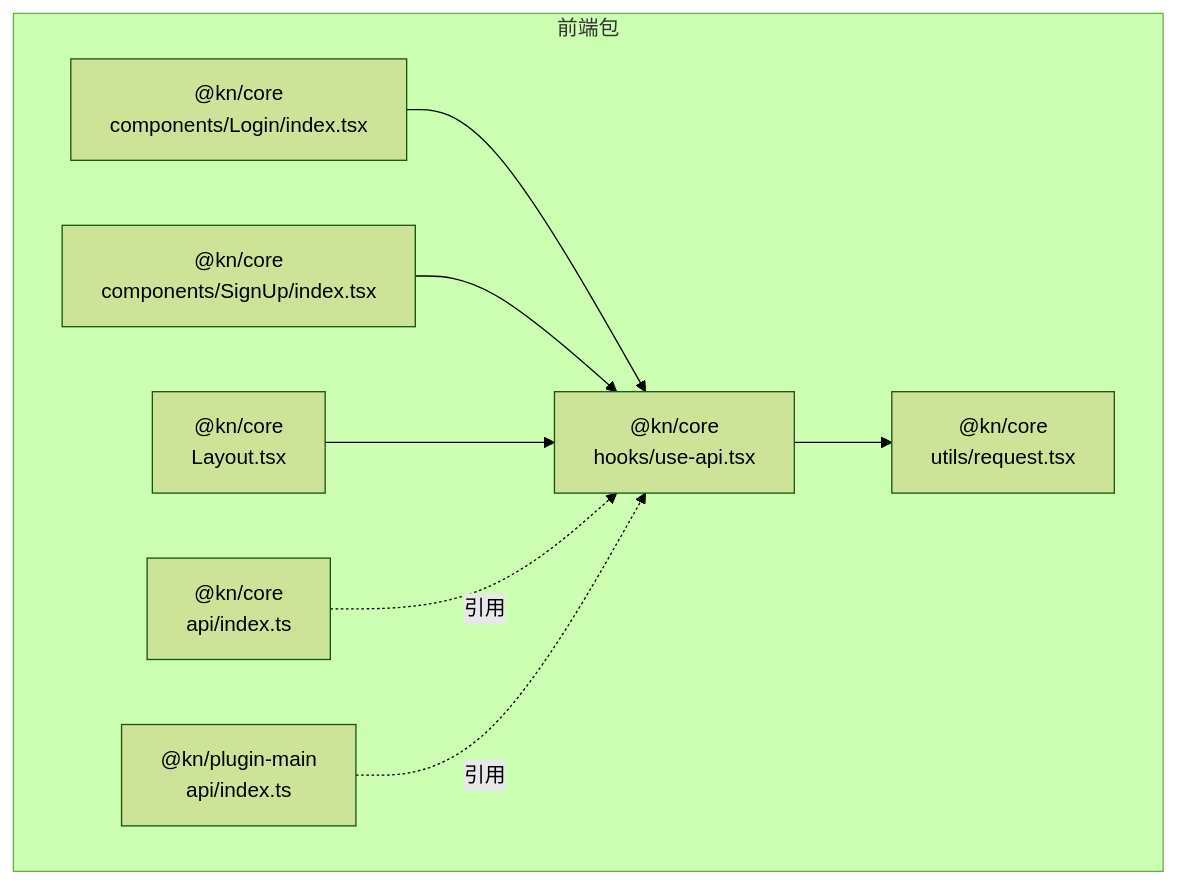
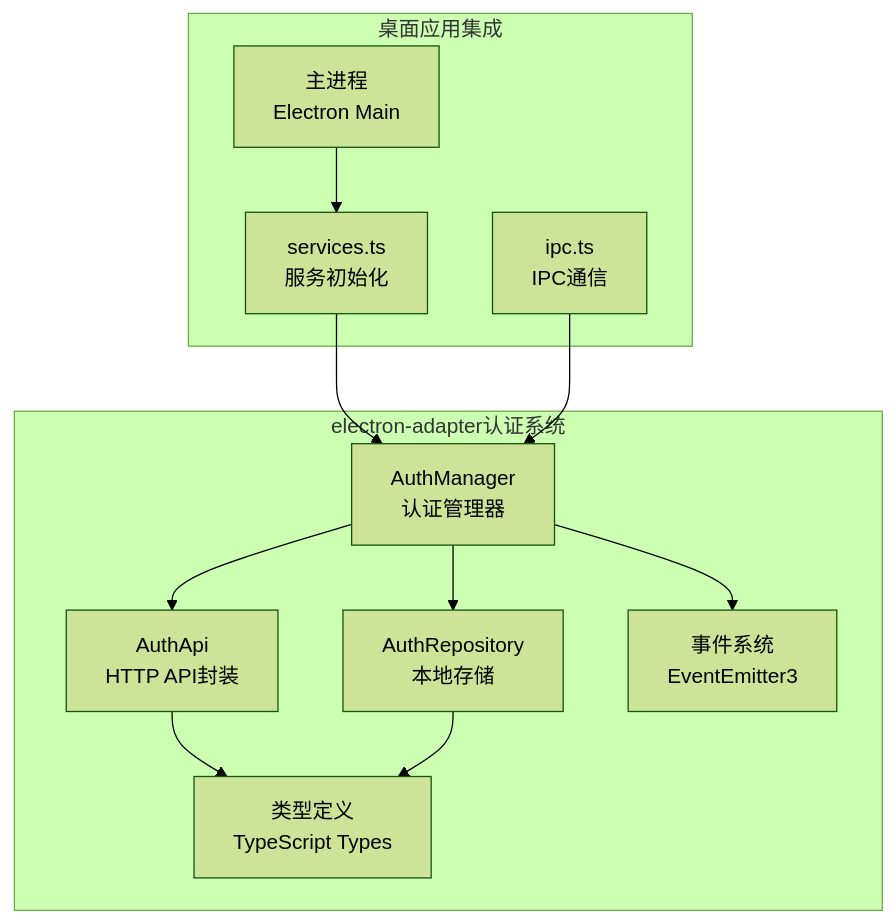
The first of 4 diagrams in .qoder/repowiki/zh/content/API参考/认证API.md (LRF0422/Kotion), drawn with Mermaid (forest theme) before and after one commit. The commit also changed other lines of this file and 75 other files, not shown here.

````diff
--- a/.qoder/repowiki/zh/content/API参考/认证API.md
+++ b/.qoder/repowiki/zh/content/API参考/认证API.md
@@ -42,18 +60,23 @@
 ```mermaid
 graph TB
-subgraph "前端包"
-A["@kn/core<br/>api/index.ts"]
-B["@kn/core<br/>hooks/use-api.tsx"]
-C["@kn/core<br/>utils/request.tsx"]
-D["@kn/core<br/>components/Login/index.tsx"]
-E["@kn/core<br/>components/SignUp/index.tsx"]
-F["@kn/core<br/>Layout.tsx"]
-G["@kn/plugin-main<br/>api/index.ts"]
+subgraph "electron-adapter认证系统"
+A["AuthManager<br/>认证管理器"]
+B["AuthApi<br/>HTTP API封装"]
+C["AuthRepository<br/>本地存储"]
+D["事件系统<br/>EventEmitter3"]
+E["类型定义<br/>TypeScript Types"]
 end
-D --> B
-E --> B
-F --> B
-B --> C
-A -. 引用 .-> B
-G -. 引用 .-> B
+subgraph "桌面应用集成"
+F["services.ts<br/>服务初始化"]
+G["ipc.ts<br/>IPC通信"]
+H["主进程<br/>Electron Main"]
+end
+A --> B
+A --> C
+A --> D
+B --> E
+C --> E
+F --> A
+G --> A
+H --> F
 ```
````
